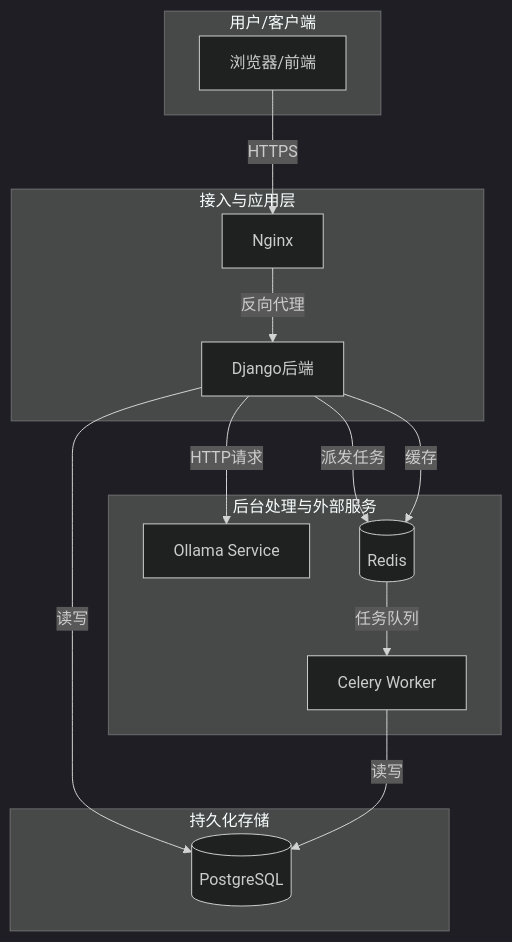
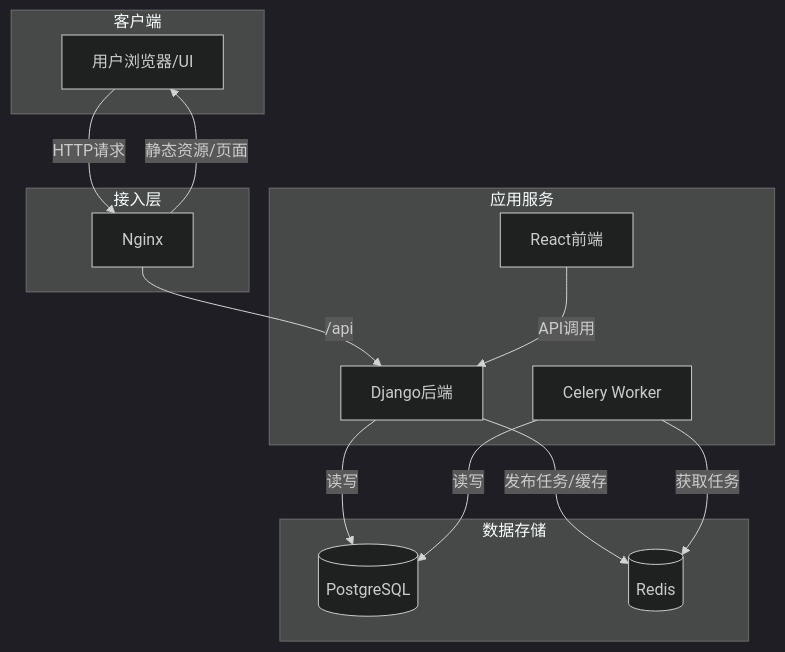
One commit to oneMuggle/OmniDesk changed the first of 3 diagrams in .cospec/wiki/04_Data_Flow_and_Integration.md. Above: the diagram before and after it, drawn with Mermaid (dark theme). The commit also changed other lines of this file and 12 other files, not shown here.

````diff
--- a/.cospec/wiki/04_Data_Flow_and_Integration.md
+++ b/.cospec/wiki/04_Data_Flow_and_Integration.md
@@ -13,28 +14,33 @@
 ```mermaid
-graph TB
-    subgraph "用户/客户端"
-        A[浏览器/前端]
+graph TD
+    subgraph "客户端"
+        UserUI[用户浏览器/UI]
     end
 
-    subgraph "接入与应用层"
-        B[Nginx]
-        C[Django后端]
-        A -- HTTPS --> B
-        B -- 反向代理 --> C
+    subgraph "接入层"
+        Nginx
     end
 
-    subgraph "后台处理与外部服务"
-        D[Celery Worker]
-        E[Ollama Service]
-        C -- 派发任务 --> F[(Redis)]
-        F -- 任务队列 --> D
-        C -- HTTP请求 --> E
+    subgraph "应用服务"
+        Frontend[React前端]
+        Backend[Django后端]
+        Worker[Celery Worker]
     end
 
-    subgraph "持久化存储"
-        G[(PostgreSQL)]
-        C -- 读写 --> G
-        D -- 读写 --> G
-        C -- 缓存 --> F
+    subgraph "数据存储"
+        Postgres[(PostgreSQL)]
+        Redis[(Redis)]
     end
+
+    UserUI -- "HTTP请求" --> Nginx
+    Nginx -- "静态资源/页面" --> UserUI
+    Nginx -- "/api" --> Backend
+    
+    Frontend -- "API调用" --> Backend
+    
+    Backend -- "读写" --> Postgres
+    Backend -- "发布任务/缓存" --> Redis
+    
+    Worker -- "获取任务" --> Redis
+    Worker -- "读写" --> Postgres
 ```
````
